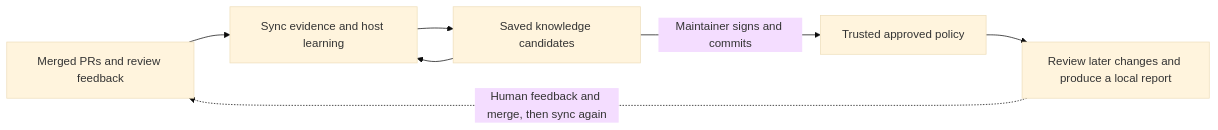
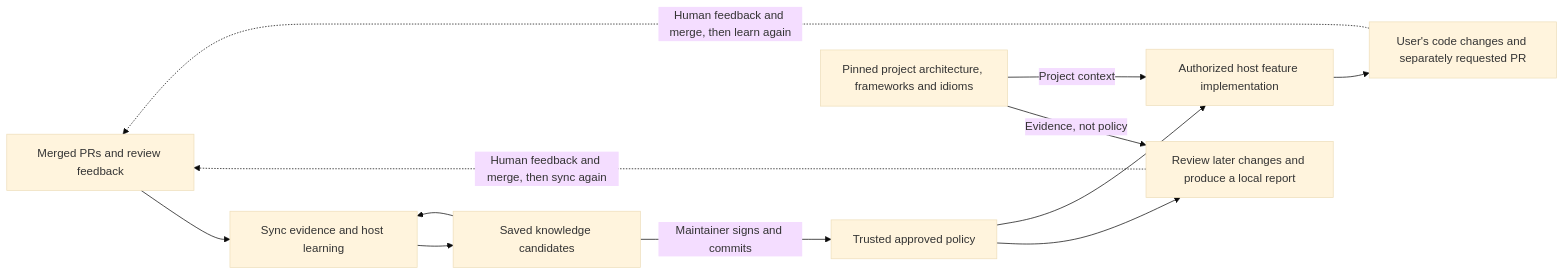
The diagram in README.md (partychen/repowise), drawn with Mermaid (base theme) before and after one commit. The commit also changed other lines of this file and 50 other files, not shown here.

First line of the commit message:
Unify project knowledge, PR review, and feature workflows

````diff
--- a/README.md
+++ b/README.md
@@ -51,9 +82,14 @@
 ```mermaid
 flowchart LR
     PR["Merged PRs and review feedback"] --> Learn["Sync evidence and host learning"]
     Memory["Saved knowledge candidates"] --> Learn
     Learn --> Memory
     Memory -->|Maintainer signs and commits| Policy["Trusted approved policy"]
     Policy --> Review["Review later changes and produce a local report"]
+    Code["Pinned project architecture, frameworks and idioms"] -->|Evidence, not policy| Review
+    Policy --> Feature["Authorized host feature implementation"]
+    Code -->|Project context| Feature
+    Feature --> NewPR["User's code changes and separately requested PR"]
+    NewPR -.->|Human feedback and merge, then learn again| PR
     Review -.->|Human feedback and merge, then sync again| PR
 ```
````
